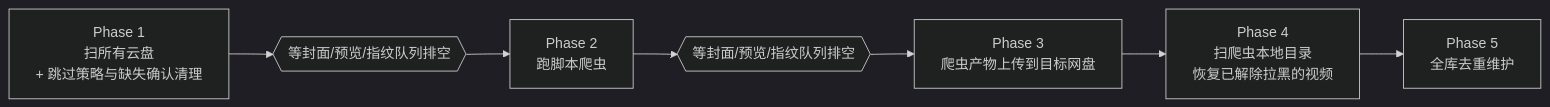
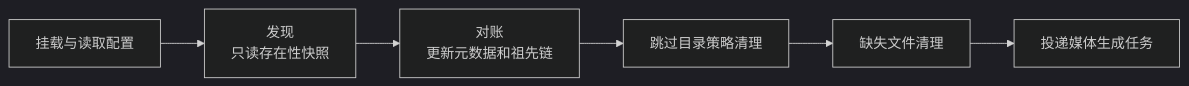
The first of 2 diagrams in backend/README.md (nianzhibai/91), drawn with Mermaid (dark theme) before and after one commit. The commit also changed other lines of this file and 3 other files, not shown here.

````diff
--- a/backend/README.md
+++ b/backend/README.md
@@ -471,9 +154,8 @@
 ```mermaid
 flowchart LR
-    P1["Phase 1<br/>扫所有云盘<br/>+ 跳过策略与缺失确认清理"] --> W1{{"等封面/预览/指纹队列排空"}}
-    W1 --> P2["Phase 2<br/>跑脚本爬虫"]
-    P2 --> W2{{"等封面/预览/指纹队列排空"}}
-    W2 --> P3["Phase 3<br/>爬虫产物上传到目标网盘"]
-    P3 --> P4["Phase 4<br/>扫爬虫本地目录<br/>恢复已解除拉黑的视频"]
-    P4 --> P5["Phase 5<br/>全库去重维护"]
+    A["挂载与读取配置"] --> B["发现<br/>只读存在性快照"]
+    B --> C["对账<br/>更新元数据和祖先链"]
+    C --> D["跳过目录策略清理"]
+    D --> E["缺失文件清理"]
+    E --> F["投递媒体生成任务"]
 ```
````
